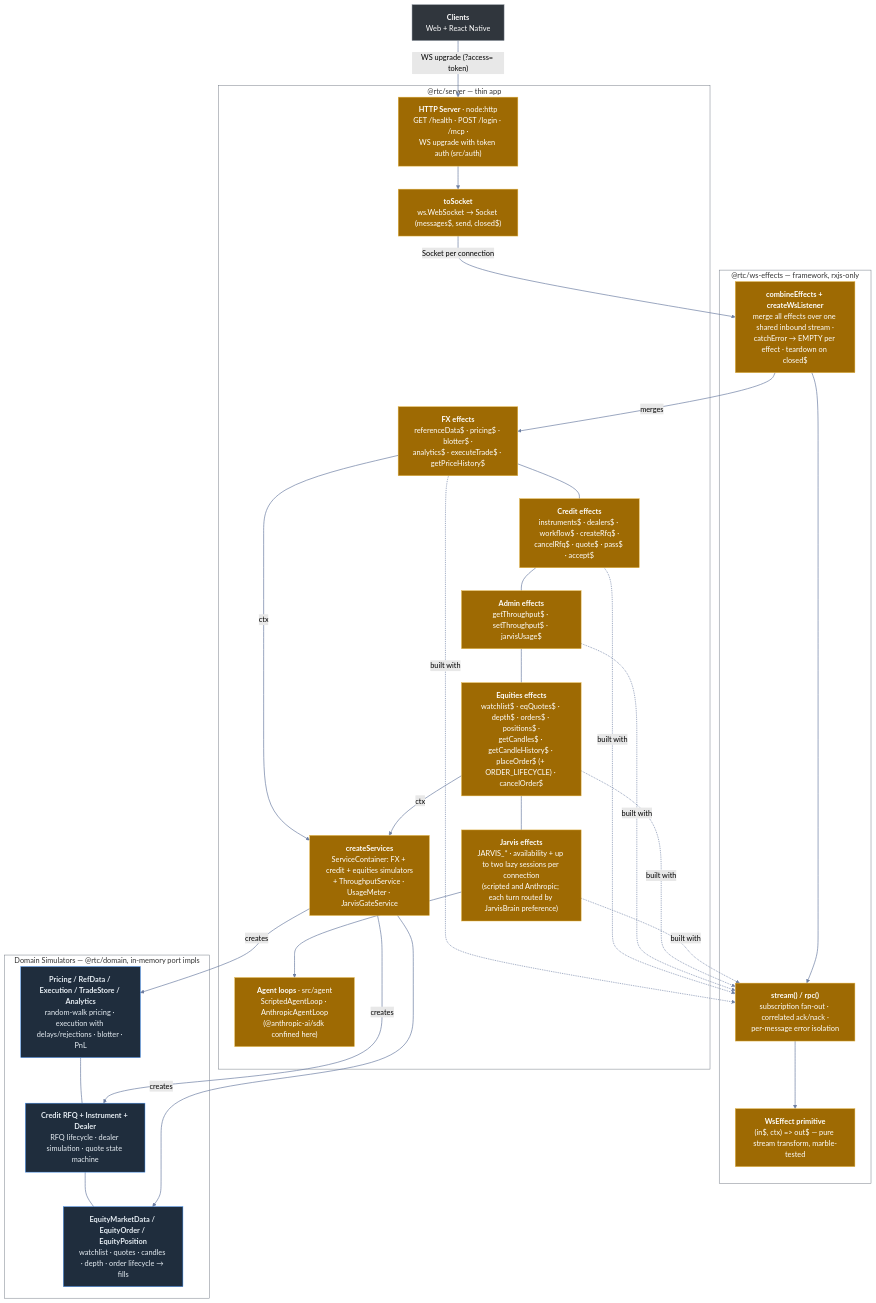
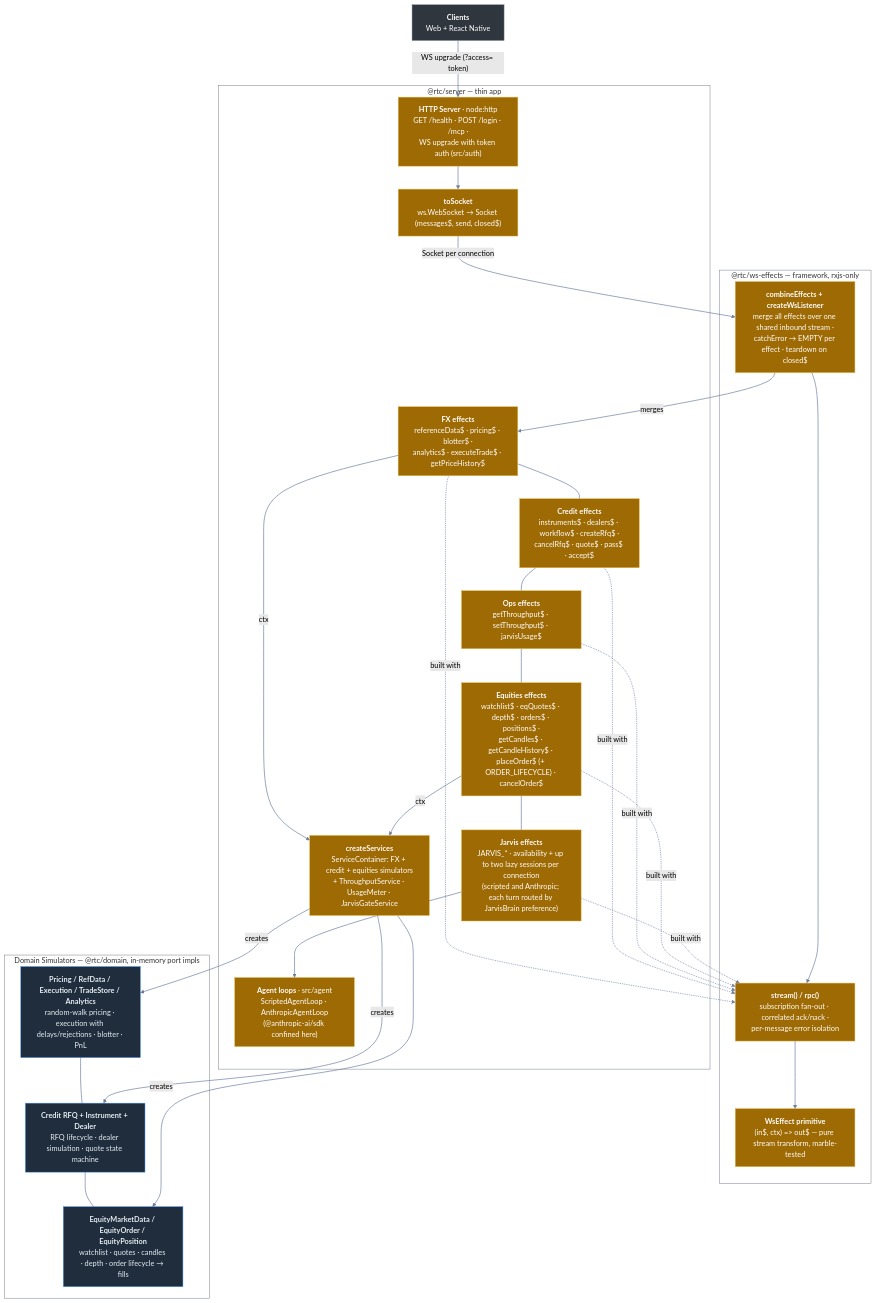
The seventh of 7 diagrams in docs/architecture/02-c4-model.md (bettersoftware-io/ReactiveTraderCloudClone), drawn with Mermaid (forest theme) before and after one commit. The commit also changed other lines of this file and 46 other files, not shown here.

````diff
--- a/docs/architecture/02-c4-model.md
+++ b/docs/architecture/02-c4-model.md
@@ -407,51 +407,51 @@
 ```mermaid
 flowchart TB
     client["<b>Clients</b><br/>Web + React Native"]:::actor
 
     subgraph srv["@rtc/server — thin app"]
         http["<b>HTTP Server</b> · node:http<br/>GET /health · POST /login · /mcp ·<br/>WS upgrade with token auth (src/auth)"]:::server
         toSocket["<b>toSocket</b><br/>ws.WebSocket → Socket (messages$, send, closed$)"]:::server
         fxFx["<b>FX effects</b><br/>referenceData$ · pricing$ · blotter$ ·<br/>analytics$ · executeTrade$ · getPriceHistory$"]:::server
         fxCredit["<b>Credit effects</b><br/>instruments$ · dealers$ · workflow$ · createRfq$ ·<br/>cancelRfq$ · quote$ · pass$ · accept$"]:::server
-        fxAdmin["<b>Admin effects</b><br/>getThroughput$ · setThroughput$ · jarvisUsage$"]:::server
+        fxOps["<b>Ops effects</b><br/>getThroughput$ · setThroughput$ · jarvisUsage$"]:::server
         fxEq["<b>Equities effects</b><br/>watchlist$ · eqQuotes$ · depth$ · orders$ · positions$ ·<br/>getCandles$ · getCandleHistory$ · placeOrder$ (+ ORDER_LIFECYCLE) · cancelOrder$"]:::server
         fxJarvis["<b>Jarvis effects</b><br/>JARVIS_* · availability + up to two lazy sessions per connection<br/>(scripted and Anthropic; each turn routed by JarvisBrain preference)"]:::server
         agent["<b>Agent loops</b> · src/agent<br/>ScriptedAgentLoop · AnthropicAgentLoop<br/>(@anthropic-ai/sdk confined here)"]:::server
         svcContainer["<b>createServices</b><br/>ServiceContainer: FX + credit + equities simulators<br/>+ ThroughputService · UsageMeter · JarvisGateService"]:::server
         http --> toSocket
-        fxFx ~~~ fxCredit ~~~ fxAdmin ~~~ fxEq
+        fxFx ~~~ fxCredit ~~~ fxOps ~~~ fxEq
         fxEq ~~~ fxJarvis
         fxJarvis --> agent
     end
 
     subgraph fw["@rtc/ws-effects — framework, rxjs-only"]
         combine["<b>combineEffects + createWsListener</b><br/>merge all effects over one shared inbound stream ·<br/>catchError → EMPTY per effect · teardown on closed$"]:::server
         sugar["<b>stream() / rpc()</b><br/>subscription fan-out · correlated ack/nack ·<br/>per-message error isolation"]:::server
         effectType["<b>WsEffect primitive</b><br/>(in$, ctx) => out$ — pure stream transform, marble-tested"]:::server
         combine --> sugar --> effectType
     end
 
     subgraph simulators["Domain Simulators — @rtc/domain, in-memory port impls"]
         pricingSim["<b>Pricing / RefData / Execution / TradeStore / Analytics</b><br/>random-walk pricing · execution with delays/rejections · blotter · PnL"]:::domain
         rfqSim["<b>Credit RFQ + Instrument + Dealer</b><br/>RFQ lifecycle · dealer simulation · quote state machine"]:::domain
         eqSim["<b>EquityMarketData / EquityOrder / EquityPosition</b><br/>watchlist · quotes · candles · depth · order lifecycle → fills"]:::domain
         pricingSim ~~~ rfqSim ~~~ eqSim
     end
 
     client -->|"WS upgrade (?access= token)"| http
     toSocket -->|"Socket per connection"| combine
     combine -->|"merges"| fxFx
-    fxFx & fxCredit & fxAdmin & fxEq & fxJarvis -.->|"built with"| sugar
+    fxFx & fxCredit & fxOps & fxEq & fxJarvis -.->|"built with"| sugar
     fxFx & fxEq -->|"ctx"| svcContainer
     svcContainer -->|"creates"| pricingSim
     svcContainer -->|"creates"| rfqSim
     svcContainer -->|"creates"| eqSim
 
     classDef actor  fill:#30363d,stroke:#8b949e,color:#ffffff
     classDef server fill:#9e6a03,stroke:#e3b341,color:#ffffff
     classDef domain fill:#1f2d3d,stroke:#4493f8,color:#e6edf3
     style srv fill:transparent,stroke:#6e7681
     style fw fill:transparent,stroke:#6e7681
     style simulators fill:transparent,stroke:#6e7681
     linkStyle default stroke:#6e7fa3,stroke-width:1.5px
 ```
````
